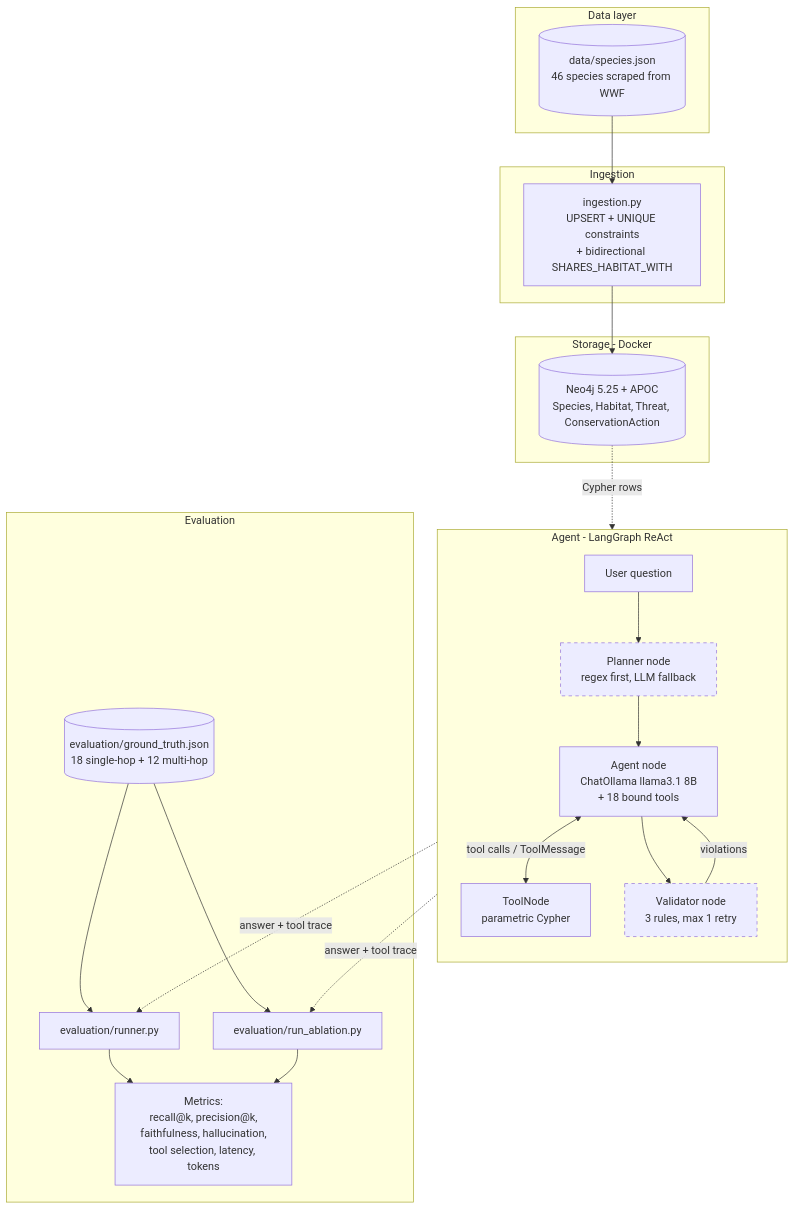
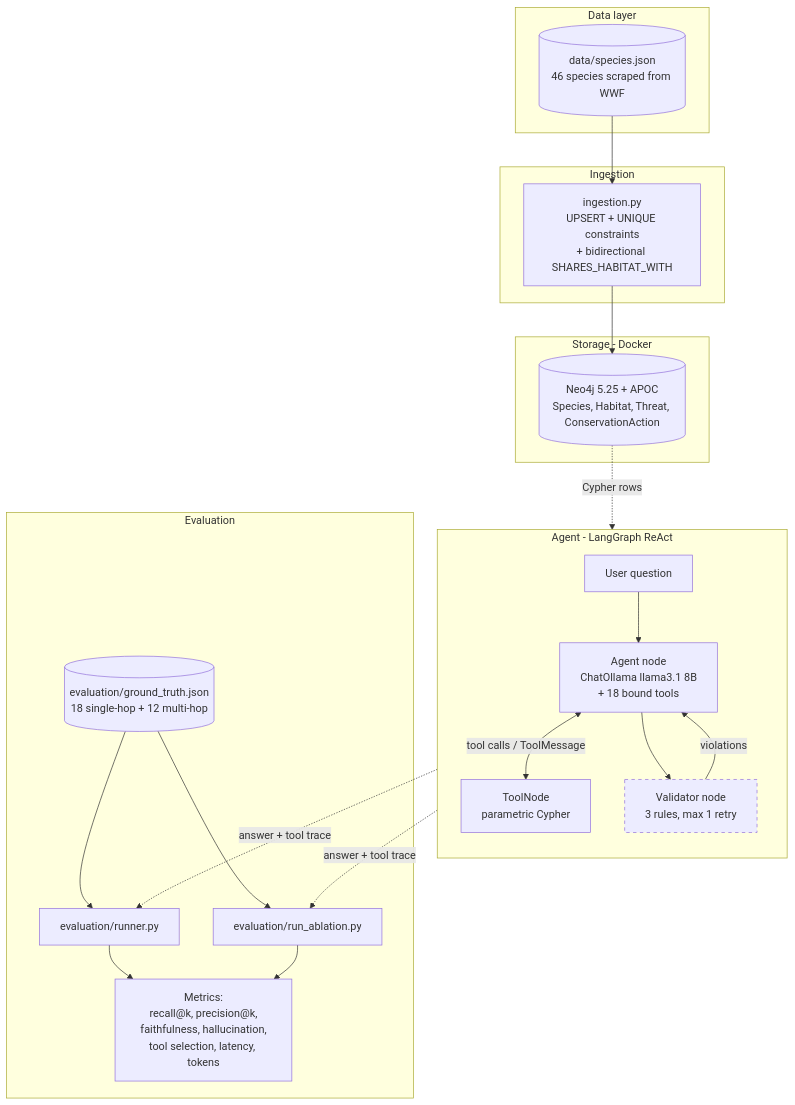
One commit to moetzi/agentic-graphrag-endangered-species-qa changed the first of 5 diagrams in docs/architecture.md. Above: the diagram before and after it, drawn with Mermaid. The commit also changed other lines of this file and 11 other files, not shown here.

First line of the commit message:
Drop planner node; ablation reduces to base vs validator

````diff
--- a/docs/architecture.md
+++ b/docs/architecture.md
@@ -12,43 +12,42 @@
 ```mermaid
 flowchart TB
     subgraph DATA["Data layer"]
         SRC[("data/species.json<br/>46 species scraped from WWF")]
     end
 
     subgraph INGEST["Ingestion"]
         ING["ingestion.py<br/>UPSERT + UNIQUE constraints<br/>+ bidirectional SHARES_HABITAT_WITH"]
     end
 
     subgraph STORE["Storage - Docker"]
         NEO[("Neo4j 5.25 + APOC<br/>Species, Habitat, Threat, ConservationAction")]
     end
 
     subgraph AGENT["Agent - LangGraph ReAct"]
         direction TB
         Q["User question"]
-        PLAN["Planner node<br/>regex first, LLM fallback"]:::optional
         LLM["Agent node<br/>ChatOllama llama3.1 8B<br/>+ 18 bound tools"]
         TOOLS["ToolNode<br/>parametric Cypher"]
         VAL["Validator node<br/>3 rules, max 1 retry"]:::optional
-        Q --> PLAN --> LLM
+        Q --> LLM
         LLM <-->|tool calls / ToolMessage| TOOLS
         LLM --> VAL
         VAL -->|violations| LLM
     end
 
     subgraph EVAL["Evaluation"]
         GT[("evaluation/ground_truth.json<br/>18 single-hop + 12 multi-hop")]
         RUN["evaluation/runner.py"]
         ABL["evaluation/run_ablation.py"]
         MET["Metrics:<br/>recall@k, precision@k,<br/>faithfulness, hallucination,<br/>tool selection, latency, tokens"]
     end
 
     SRC --> ING --> NEO
     NEO -.Cypher rows.-> TOOLS
     GT --> RUN --> MET
     GT --> ABL --> MET
     AGENT -.answer + tool trace.-> RUN
     AGENT -.answer + tool trace.-> ABL
 
     classDef optional stroke-dasharray: 5 5
 ```
````
